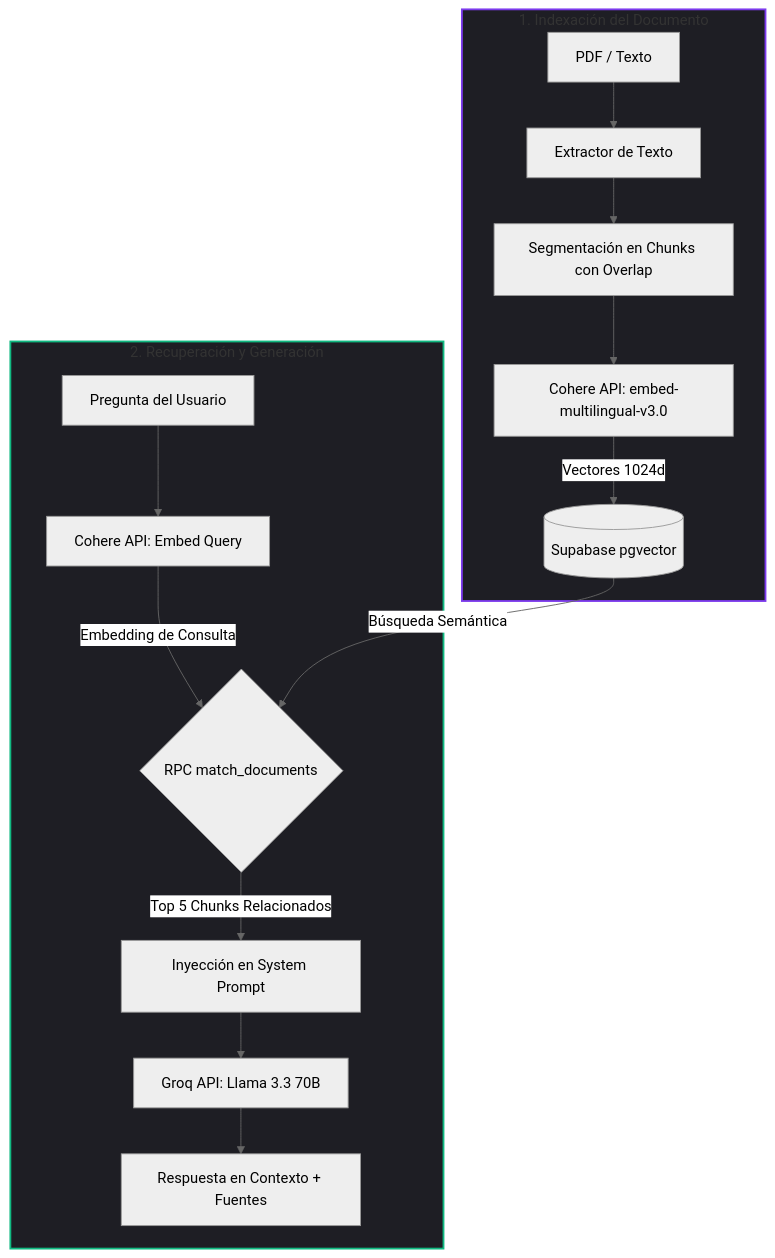
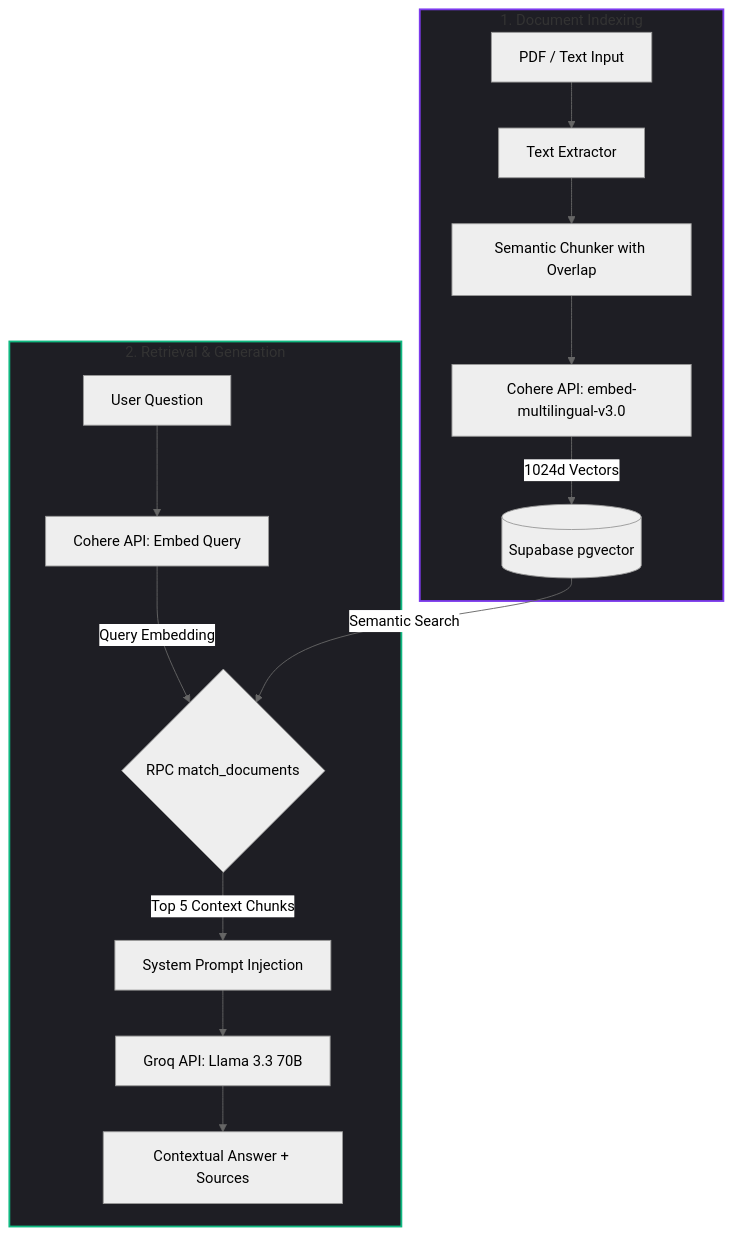
The diagram in README.md (ivancidev/doqify), drawn with Mermaid (neutral theme) before and after one commit. The commit also changed other lines of this file, not shown here.

````diff
--- a/README.md
+++ b/README.md
@@ -23,23 +23,23 @@
 ```mermaid
 graph TD
-    %% Flujo de Indexación
-    subgraph Indexacion [1. Indexación del Documento]
-        A[PDF / Texto] --> B[Extractor de Texto]
-        B --> C[Segmentación en Chunks con Overlap]
+    %% Indexing Flow
+    subgraph Indexing [1. Document Indexing]
+        A[PDF / Text Input] --> B[Text Extractor]
+        B --> C[Semantic Chunker with Overlap]
         C --> D[Cohere API: embed-multilingual-v3.0]
-        D -->|Vectores 1024d| E[(Supabase pgvector)]
+        D -->|1024d Vectors| E[(Supabase pgvector)]
     end
 
-    %% Flujo de Consulta
-    subgraph Consulta [2. Recuperación y Generación]
-        F[Pregunta del Usuario] --> G[Cohere API: Embed Query]
-        G -->|Embedding de Consulta| H{RPC match_documents}
-        E -->|Búsqueda Semántica| H
-        H -->|Top 5 Chunks Relacionados| I[Inyección en System Prompt]
+    %% Query Flow
+    subgraph Querying [2. Retrieval & Generation]
+        F[User Question] --> G[Cohere API: Embed Query]
+        G -->|Query Embedding| H{RPC match_documents}
+        E -->|Semantic Search| H
+        H -->|Top 5 Context Chunks| I[System Prompt Injection]
         I --> J[Groq API: Llama 3.3 70B]
-        J --> K[Respuesta en Contexto + Fuentes]
+        J --> K[Contextual Answer + Sources]
     end
     
-    style Indexacion fill:#1e1e24,stroke:#7c3aed,stroke-width:2px
-    style Consulta fill:#1e1e24,stroke:#10b981,stroke-width:2px
+    style Indexing fill:#1e1e24,stroke:#7c3aed,stroke-width:2px
+    style Querying fill:#1e1e24,stroke:#10b981,stroke-width:2px
 ```
````
